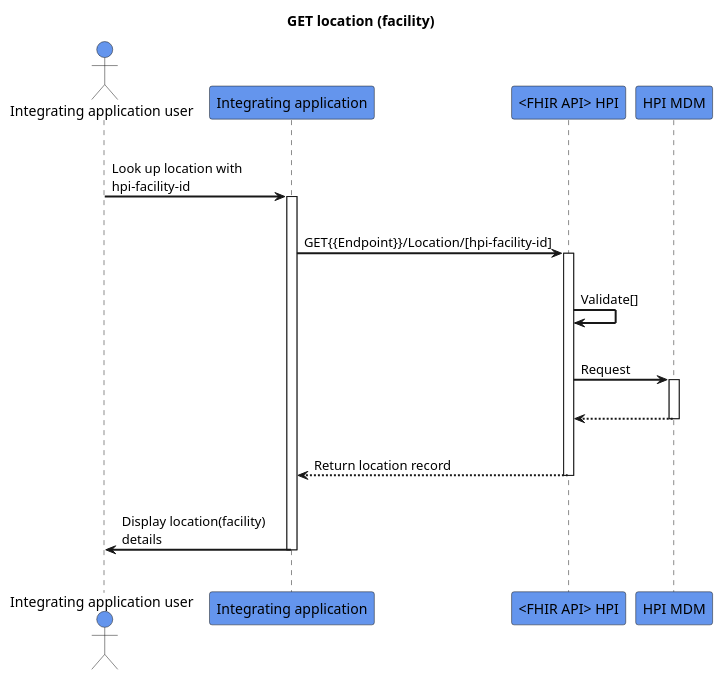
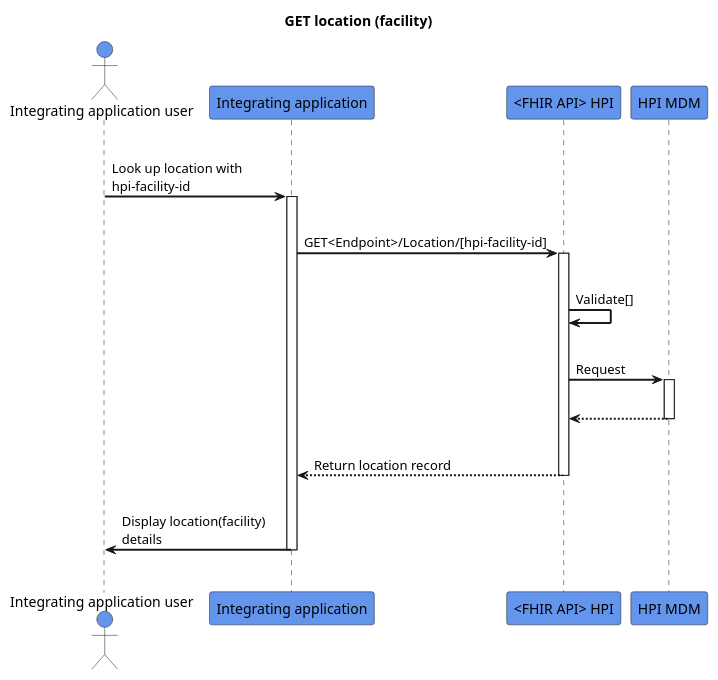
The diagram in input/images-source/get-location.plantuml (HL7NZ/hpi), drawn with PlantUML before and after one commit.

```diff
--- a/input/images-source/get-location.plantuml
+++ b/input/images-source/get-location.plantuml
@@ -1,33 +1,33 @@
 @startuml
 skinparam sequenceArrowThickness 2
 skinparam roundcorner 5
 skinparam maxmessagesize 180
 skinparam sequenceParticipant bold
 title GET location (facility) 
 actor "Integrating application user" as User #CornflowerBlue
 participant "Integrating application" as A #CornflowerBlue
 participant "<FHIR API> HPI" as B #CornflowerBlue
 participant "HPI MDM" as C #CornflowerBlue
 |||
 User -> A: Look up location with hpi-facility-id
 activate A
 |||
-A -> B: GET{{Endpoint}}/Location/[hpi-facility-id]
+A -> B: GET<Endpoint>/Location/[hpi-facility-id]
 activate B
 |||
 B -> B: Validate[]
 |||
 B -> C: Request
 activate C
 |||
 
 C -[dashed]-> B:  
 deactivate C
 |||
 B -[dashed]-> A:Return location record
 deactivate B
 |||
 A -> User: Display location(facility) details
 deactivate A
 |||
 @enduml
```
